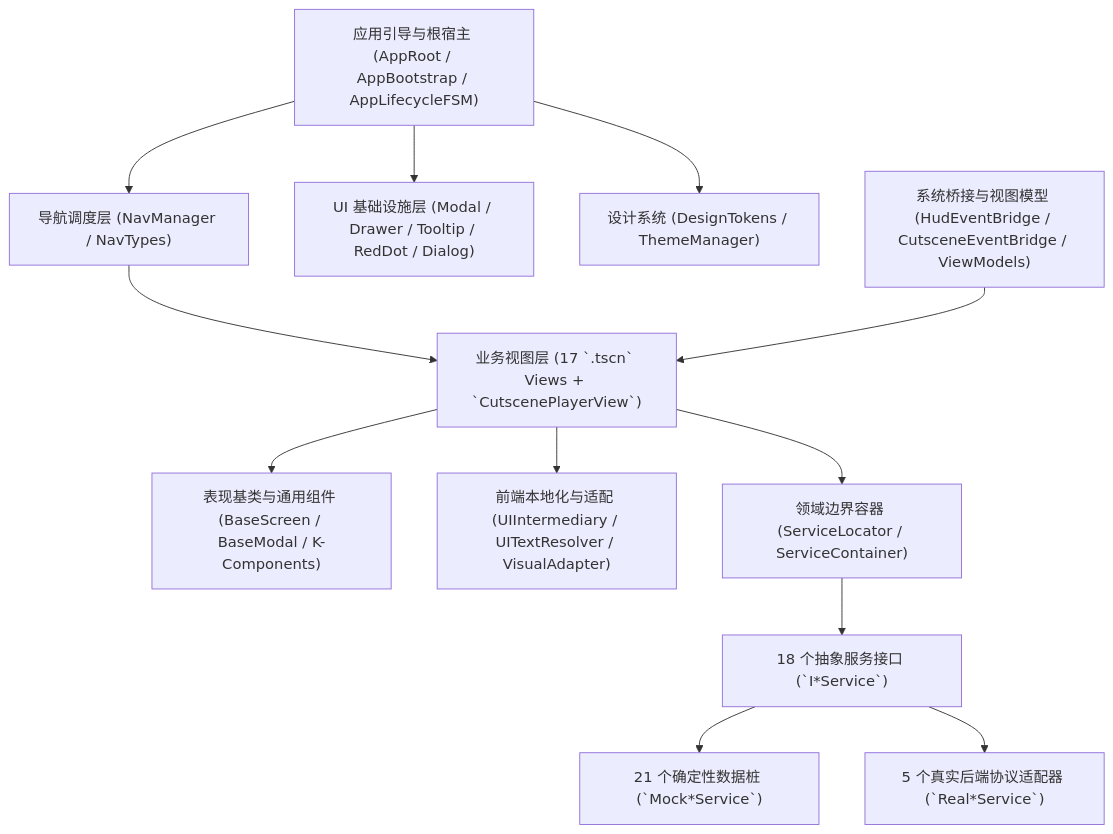
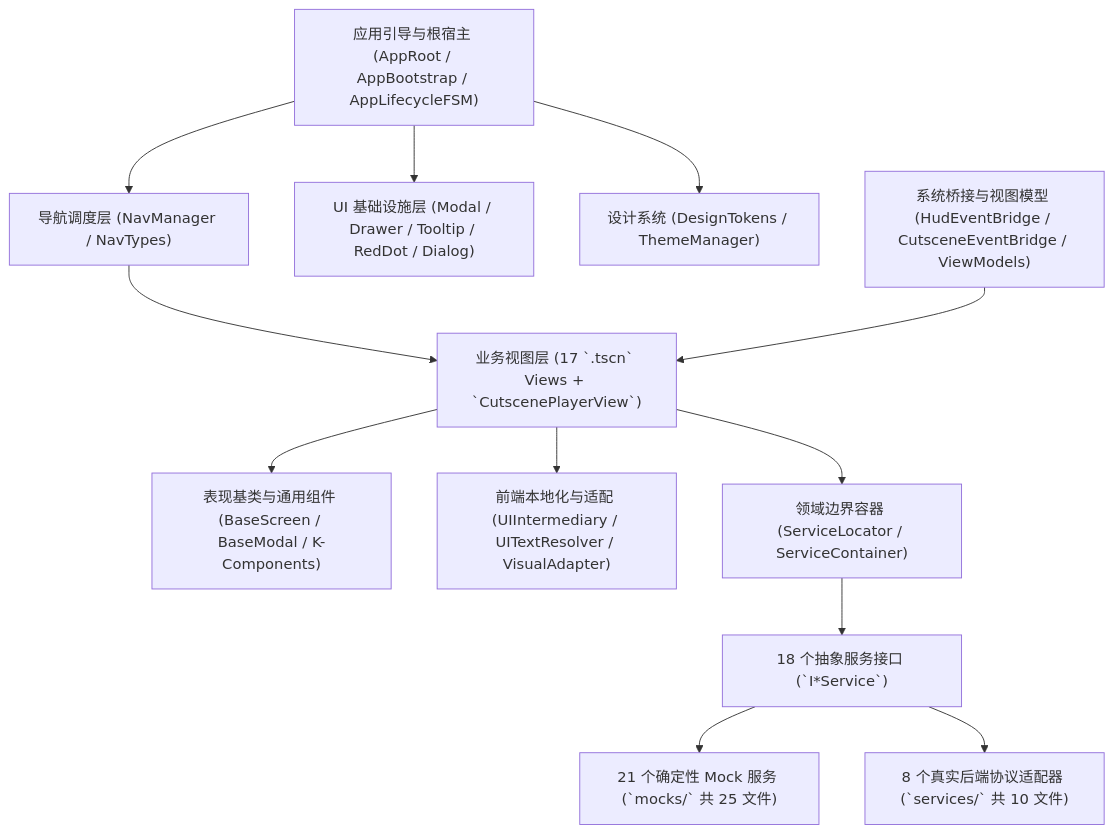
One commit to guilingzhouyi-creator/vscode-extensions changed the diagram in WebGames/docs/源码文档/04_前端表现层/README.md. Above: the diagram before and after it, drawn with Mermaid. The commit also changed other lines of this file and 10 other files, not shown here.

````diff
--- a/WebGames/docs/源码文档/04_前端表现层/README.md
+++ b/WebGames/docs/源码文档/04_前端表现层/README.md
@@ -9,14 +9,14 @@
 ```mermaid
 graph TD
     Boot["应用引导与根宿主 (AppRoot / AppBootstrap / AppLifecycleFSM)"] --> Nav["导航调度层 (NavManager / NavTypes)"]
     Boot --> UIInfra["UI 基础设施层 (Modal / Drawer / Tooltip / RedDot / Dialog)"]
     Boot --> Theme["设计系统 (DesignTokens / ThemeManager)"]
     Nav --> Views["业务视图层 (17 `.tscn` Views + `CutscenePlayerView`)"]
     Views --> Base["表现基类与通用组件 (BaseScreen / BaseModal / K-Components)"]
     Views --> I18n["前端本地化与适配 (UIIntermediary / UITextResolver / VisualAdapter)"]
     Views --> Boundary["领域边界容器 (ServiceLocator / ServiceContainer)"]
     Systems["系统桥接与视图模型 (HudEventBridge / CutsceneEventBridge / ViewModels)"] --> Views
     Boundary --> Interfaces["18 个抽象服务接口 (`I*Service`)"]
-    Interfaces --> Mocks["21 个确定性数据桩 (`Mock*Service`)"]
-    Interfaces --> Real["5 个真实后端协议适配器 (`Real*Service`)"]
+    Interfaces --> Mocks["21 个确定性 Mock 服务 (`mocks/` 共 25 文件)"]
+    Interfaces --> Real["8 个真实后端协议适配器 (`services/` 共 10 文件)"]
 ```
````
